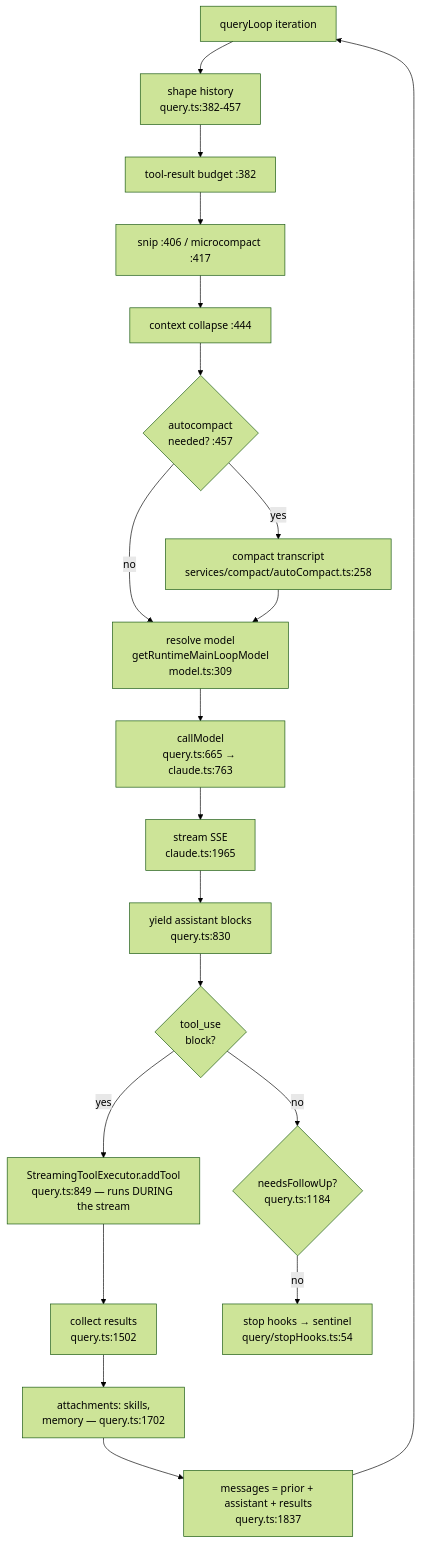
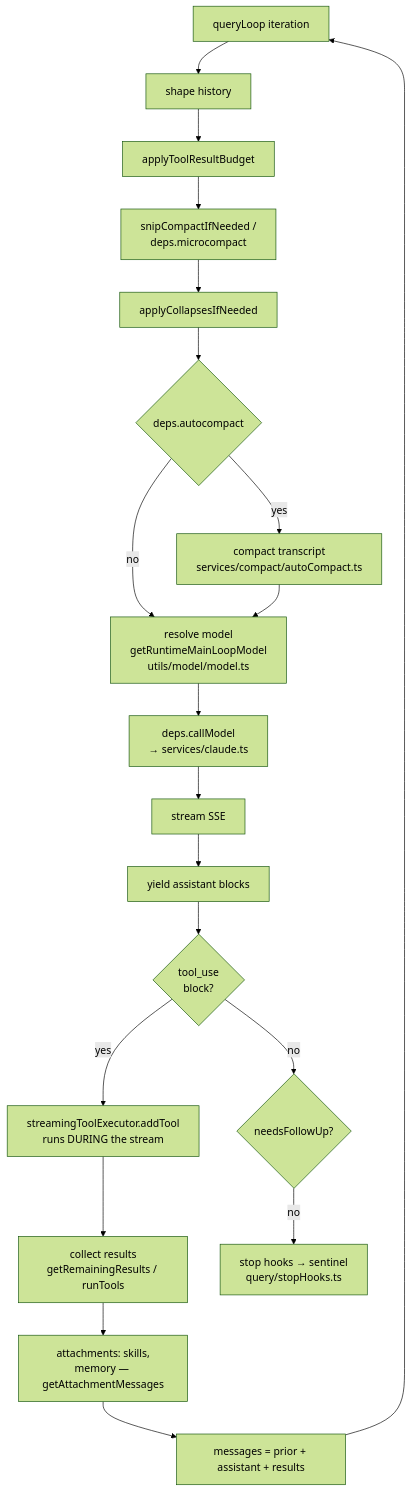
Before and after one commit to cristianizzo/axa-chat: the fourth of 8 diagrams in docs/ARCHITECTURE.md, drawn with Mermaid (forest theme). The commit also changed other lines of this file, not shown here.

First line of the commit message:
docs: cite ARCHITECTURE.md by name instead of by line number

````diff
--- a/docs/ARCHITECTURE.md
+++ b/docs/ARCHITECTURE.md
@@ -159,22 +182,22 @@
 ```mermaid
 flowchart TD
-    A["queryLoop iteration"] --> B["shape history<br/>query.ts:382-457"]
-    B --> B1["tool-result budget :382"]
-    B1 --> B2["snip :406 / microcompact :417"]
-    B2 --> B3["context collapse :444"]
-    B3 --> B4{"autocompact<br/>needed? :457"}
-    B4 -->|yes| B5["compact transcript<br/>services/compact/autoCompact.ts:258"]
+    A["queryLoop iteration"] --> B["shape history"]
+    B --> B1["applyToolResultBudget"]
+    B1 --> B2["snipCompactIfNeeded /<br/>deps.microcompact"]
+    B2 --> B3["applyCollapsesIfNeeded"]
+    B3 --> B4{"deps.autocompact"}
+    B4 -->|yes| B5["compact transcript<br/>services/compact/autoCompact.ts"]
     B4 -->|no| C
-    B5 --> C["resolve model<br/>getRuntimeMainLoopModel<br/>model.ts:309"]
-    C --> D["callModel<br/>query.ts:665 → claude.ts:763"]
-    D --> E["stream SSE<br/>claude.ts:1965"]
-    E --> F["yield assistant blocks<br/>query.ts:830"]
+    B5 --> C["resolve model<br/>getRuntimeMainLoopModel<br/>utils/model/model.ts"]
+    C --> D["deps.callModel<br/>→ services/claude.ts"]
+    D --> E["stream SSE"]
+    E --> F["yield assistant blocks"]
     F --> G{"tool_use<br/>block?"}
-    G -->|yes| H["StreamingToolExecutor.addTool<br/>query.ts:849 — runs DURING the stream"]
-    H --> I["collect results<br/>query.ts:1502"]
-    I --> J["attachments: skills,<br/>memory — query.ts:1702"]
-    J --> K["messages = prior + assistant + results<br/>query.ts:1837"]
+    G -->|yes| H["streamingToolExecutor.addTool<br/>runs DURING the stream"]
+    H --> I["collect results<br/>getRemainingResults / runTools"]
+    I --> J["attachments: skills,<br/>memory — getAttachmentMessages"]
+    J --> K["messages = prior + assistant + results"]
     K --> A
-    G -->|no| L{"needsFollowUp?<br/>query.ts:1184"}
-    L -->|no| M["stop hooks → sentinel<br/>query/stopHooks.ts:54"]
+    G -->|no| L{"needsFollowUp?"}
+    L -->|no| M["stop hooks → sentinel<br/>query/stopHooks.ts"]
 ```
````
